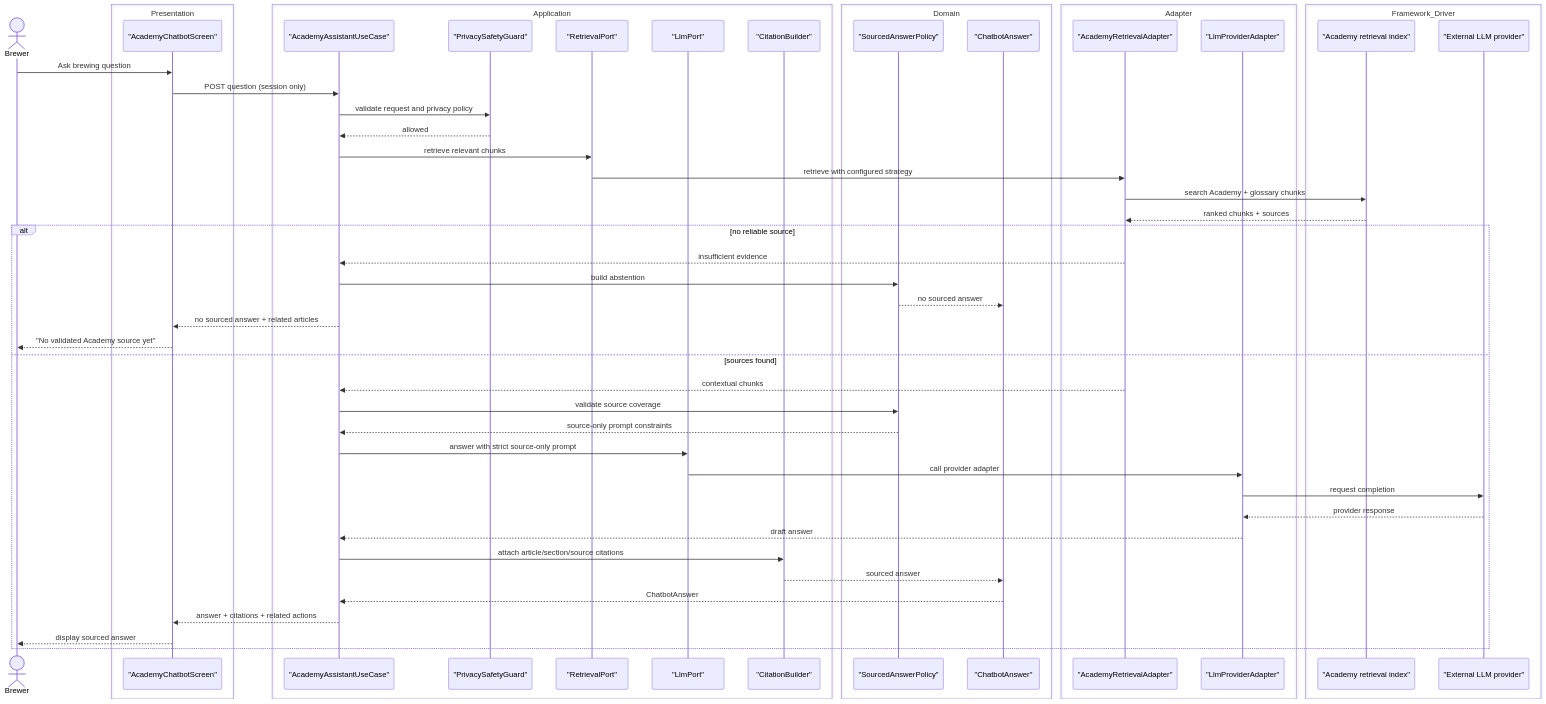
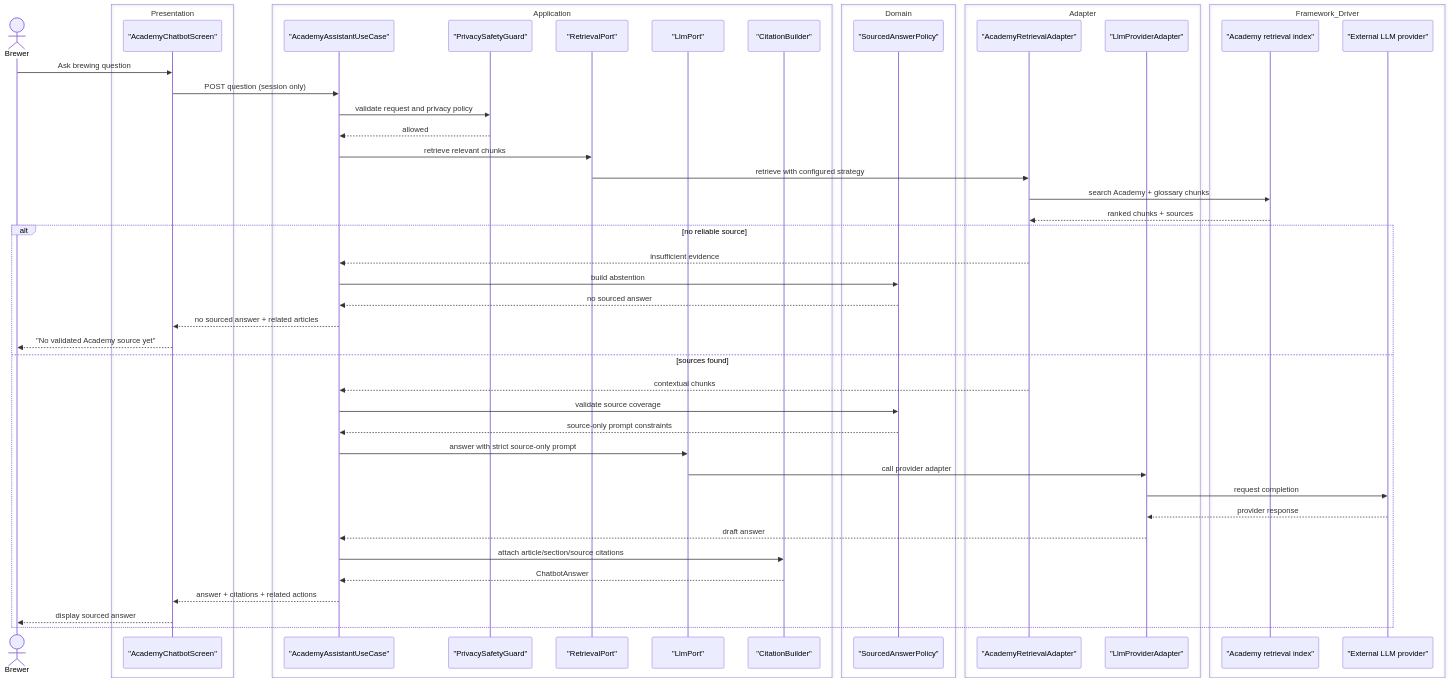
One commit to benoit-bremaud/brasse-bouillon changed the diagram in docs/architecture/diagrams/academy/09-sequence-chatbot-rag.md. Above: the diagram before and after it, drawn with Mermaid. The commit also changed other lines of this file and 6 other files, not shown here.

````diff
--- a/docs/architecture/diagrams/academy/09-sequence-chatbot-rag.md
+++ b/docs/architecture/diagrams/academy/09-sequence-chatbot-rag.md
@@ -14,57 +14,55 @@
 ```mermaid
 sequenceDiagram
   actor B as Brewer
   box Presentation
     participant UI as "AcademyChatbotScreen"
   end
   box Application
     participant API as "AcademyAssistantUseCase"
     participant Guard as "PrivacySafetyGuard"
     participant RetrievalPort as "RetrievalPort"
     participant LlmPort as "LlmPort"
     participant Citations as "CitationBuilder"
   end
   box Domain
     participant Policy as "SourcedAnswerPolicy"
-    participant Answer as "ChatbotAnswer"
   end
   box Adapter
     participant Retrieve as "AcademyRetrievalAdapter"
     participant LLM as "LlmProviderAdapter"
   end
   box Framework_Driver
     participant Index as "Academy retrieval index"
     participant Provider as "External LLM provider"
   end
 
   B->>UI: Ask brewing question
   UI->>API: POST question (session only)
   API->>Guard: validate request and privacy policy
   Guard-->>API: allowed
   API->>RetrievalPort: retrieve relevant chunks
   RetrievalPort->>Retrieve: retrieve with configured strategy
   Retrieve->>Index: search Academy + glossary chunks
   Index-->>Retrieve: ranked chunks + sources
 
   alt no reliable source
     Retrieve-->>API: insufficient evidence
     API->>Policy: build abstention
-    Policy-->>Answer: no sourced answer
+    Policy-->>API: no sourced answer
     API-->>UI: no sourced answer + related articles
     UI-->>B: "No validated Academy source yet"
   else sources found
     Retrieve-->>API: contextual chunks
     API->>Policy: validate source coverage
     Policy-->>API: source-only prompt constraints
     API->>LlmPort: answer with strict source-only prompt
     LlmPort->>LLM: call provider adapter
     LLM->>Provider: request completion
     Provider-->>LLM: provider response
     LLM-->>API: draft answer
     API->>Citations: attach article/section/source citations
-    Citations-->>Answer: sourced answer
-    Answer-->>API: ChatbotAnswer
+    Citations-->>API: ChatbotAnswer
     API-->>UI: answer + citations + related actions
     UI-->>B: display sourced answer
   end
 ```
````
